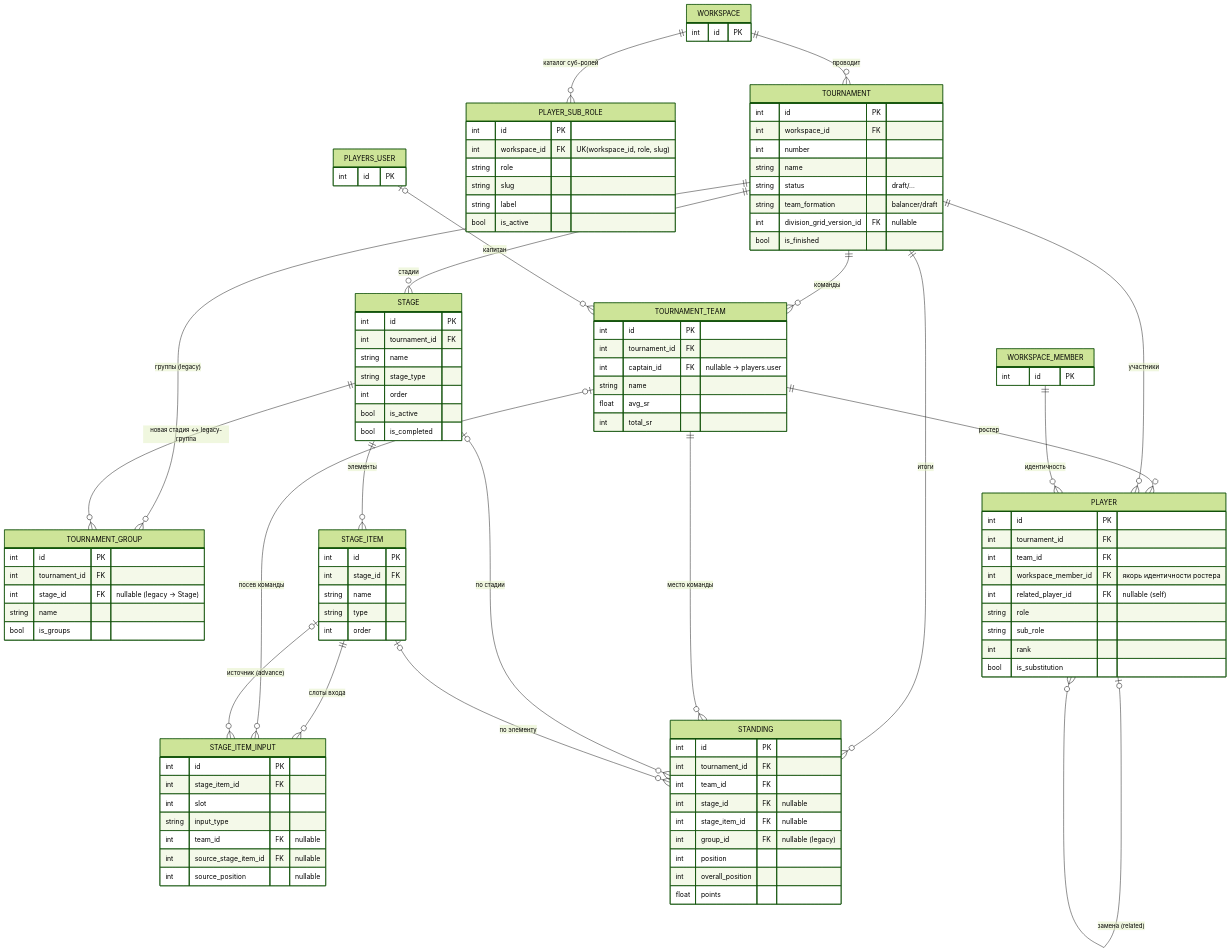
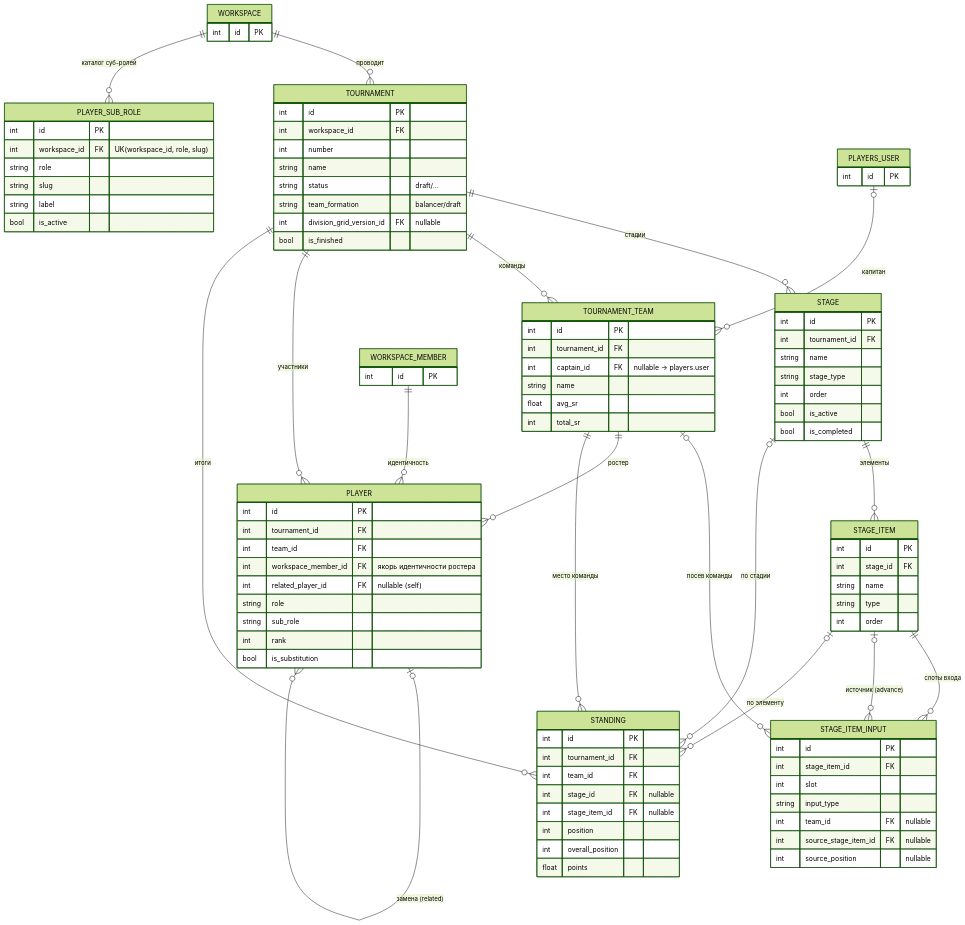
The fifth of 14 diagrams in docs/database_erd.md (CraazzzyyFoxx/anak-tournaments), drawn with Mermaid (forest theme) before and after one commit. The commit also changed other lines of this file and 26 other files, not shown here.

```diff
--- a/docs/database_erd.md
+++ b/docs/database_erd.md
@@ -428,13 +428,6 @@
         string team_formation "balancer/draft"
         int division_grid_version_id FK "nullable"
         bool is_finished
-    }
-    TOURNAMENT_GROUP {
-        int id PK
-        int tournament_id FK
-        int stage_id FK "nullable (legacy → Stage)"
-        string name
-        bool is_groups
     }
     STAGE {
         int id PK
@@ -494,7 +487,6 @@
         int team_id FK
         int stage_id FK "nullable"
         int stage_item_id FK "nullable"
-        int group_id FK "nullable (legacy)"
         int position
         int overall_position
         float points
@@ -511,9 +503,7 @@
 
     WORKSPACE ||--o{ TOURNAMENT : "проводит"
     TOURNAMENT ||--o{ STAGE : "стадии"
-    TOURNAMENT ||--o{ TOURNAMENT_GROUP : "группы (legacy)"
     STAGE ||--o{ STAGE_ITEM : "элементы"
-    STAGE ||--o{ TOURNAMENT_GROUP : "новая стадия ↔ legacy-группа"
     STAGE_ITEM ||--o{ STAGE_ITEM_INPUT : "слоты входа"
     TOURNAMENT_TEAM |o--o{ STAGE_ITEM_INPUT : "посев команды"
     STAGE_ITEM |o--o{ STAGE_ITEM_INPUT : "источник (advance)"
```
